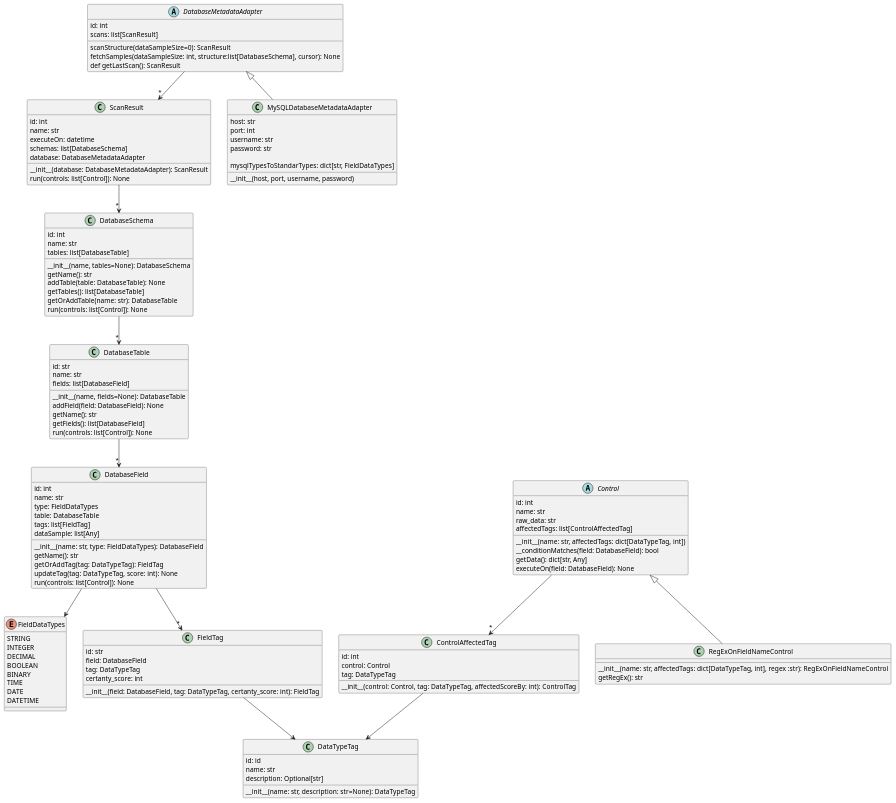
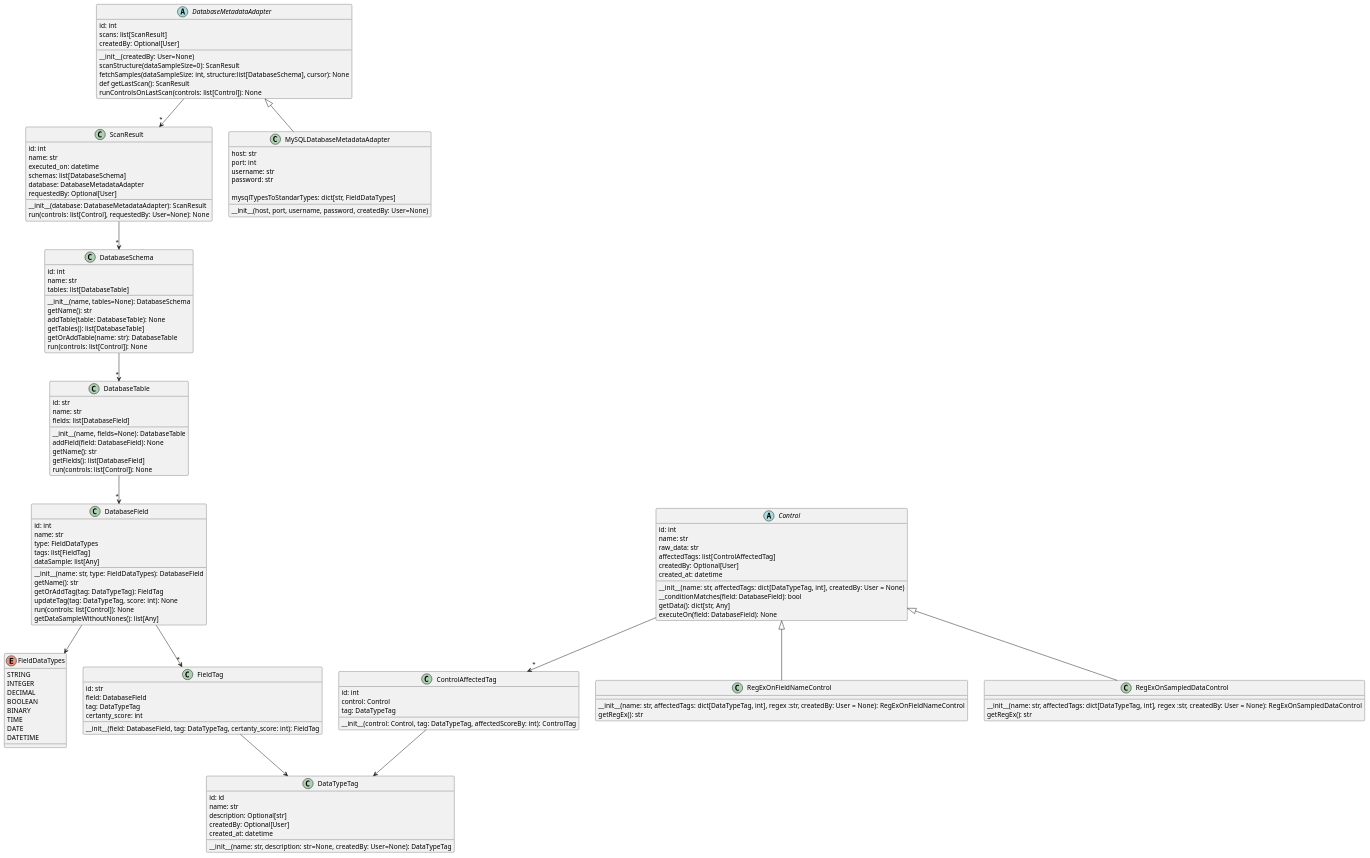
Before and after one commit to Agufi28/Challenge-Tecnico-ML: the diagram in documentation/diagramaDeClasesSimplificado.puml, drawn with PlantUML. The commit also changed 9 other files, not shown here.

Commit message:
Actualizo diagramas. Actualizo README.md. Emprolijo el código

```diff
--- a/documentation/diagramaDeClasesSimplificado.puml
+++ b/documentation/diagramaDeClasesSimplificado.puml
@@ -1,137 +1,150 @@
 /@startuml Diagrama de clases UML - Simplificado
 
 abstract class DatabaseMetadataAdapter{
     id: int
     scans: list[ScanResult]
+    createdBy: Optional[User]
 
+    __init__(createdBy: User=None)
     scanStructure(dataSampleSize=0): ScanResult
     fetchSamples(dataSampleSize: int, structure:list[DatabaseSchema], cursor): None
     def getLastScan(): ScanResult
+    runControlsOnLastScan(controls: list[Control]): None
 }
 DatabaseMetadataAdapter --> "*" ScanResult
 
 class MySQLDatabaseMetadataAdapter extends DatabaseMetadataAdapter{
     host: str
     port: int
     username: str
     password: str
 
     mysqlTypesToStandarTypes: dict[str, FieldDataTypes]
-    __init__(host, port, username, password)
+    __init__(host, port, username, password, createdBy: User=None)
 }
 
 enum FieldDataTypes{
     STRING
     INTEGER
     DECIMAL
     BOOLEAN
     BINARY
     TIME
     DATE
     DATETIME
 }
 
 class FieldTag{
     id: str
     field: DatabaseField
     tag: DataTypeTag
     certanty_score: int
 
     __init__(field: DatabaseField, tag: DataTypeTag, certanty_score: int): FieldTag
 }
 FieldTag --> DataTypeTag
 
 class DatabaseField{
     id: int
     name: str
     type: FieldDataTypes
-    table: DatabaseTable
     tags: list[FieldTag]
     dataSample: list[Any]
 
     __init__(name: str, type: FieldDataTypes): DatabaseField
     getName(): str
     getOrAddTag(tag: DataTypeTag): FieldTag
     updateTag(tag: DataTypeTag, score: int): None
     run(controls: list[Control]): None
+    getDataSampleWithoutNones(): list[Any]
 }
 
 DatabaseField --> FieldDataTypes
 DatabaseField --> "*" FieldTag
 
 class DatabaseTable{
     id: str
     name: str
     fields: list[DatabaseField]
 
     __init__(name, fields=None): DatabaseTable
     addField(field: DatabaseField): None
     getName(): str
     getFields(): list[DatabaseField]
     run(controls: list[Control]): None
 }
 DatabaseTable --> "*" DatabaseField
 
 class DatabaseSchema{
     id: int
     name: str
     tables: list[DatabaseTable]
 
     __init__(name, tables=None): DatabaseSchema
     getName(): str
     addTable(table: DatabaseTable): None
     getTables(): list[DatabaseTable]
     getOrAddTable(name: str): DatabaseTable
     run(controls: list[Control]): None
 }
 DatabaseSchema --> "*" DatabaseTable
 
 class ScanResult{
     id: int
     name: str
-    executeOn: datetime
+    executed_on: datetime
     schemas: list[DatabaseSchema]
     database: DatabaseMetadataAdapter
+    requestedBy: Optional[User]
 
     __init__(database: DatabaseMetadataAdapter): ScanResult
-    run(controls: list[Control]): None
+    run(controls: list[Control], requestedBy: User=None): None
 }
 ScanResult --> "*" DatabaseSchema
 
 class DataTypeTag{
     id: id
     name: str
     description: Optional[str]
+    createdBy: Optional[User]
+    created_at: datetime
 
-    __init__(name: str, description: str=None): DataTypeTag
+    __init__(name: str, description: str=None, createdBy: User=None): DataTypeTag
 }
-
 
 class ControlAffectedTag{
     id: int
     control: Control
     tag: DataTypeTag
 
     __init__(control: Control, tag: DataTypeTag, affectedScoreBy: int): ControlTag
 }
 ControlAffectedTag --> DataTypeTag
 
 abstract class Control{
     id: int
     name: str
     raw_data: str
     affectedTags: list[ControlAffectedTag]
+    createdBy: Optional[User]
+    created_at: datetime
 
-    __init__(name: str, affectedTags: dict[DataTypeTag, int])
+    __init__(name: str, affectedTags: dict[DataTypeTag, int], createdBy: User = None)
     __conditionMatches(field: DatabaseField): bool
     getData(): dict[str, Any]
     executeOn(field: DatabaseField): None
 }
 Control --> "*" ControlAffectedTag
 
 class RegExOnFieldNameControl extends Control{
-    __init__(name: str, affectedTags: dict[DataTypeTag, int], regex :str): RegExOnFieldNameControl
+    __init__(name: str, affectedTags: dict[DataTypeTag, int], regex :str, createdBy: User = None): RegExOnFieldNameControl
     getRegEx(): str
 }
 
+class RegExOnSampledDataControl extends Control{
+    __init__(name: str, affectedTags: dict[DataTypeTag, int], regex :str, createdBy: User = None): RegExOnSampledDataControl
+    getRegEx(): str
+}
+
+
 /@enduml
```
